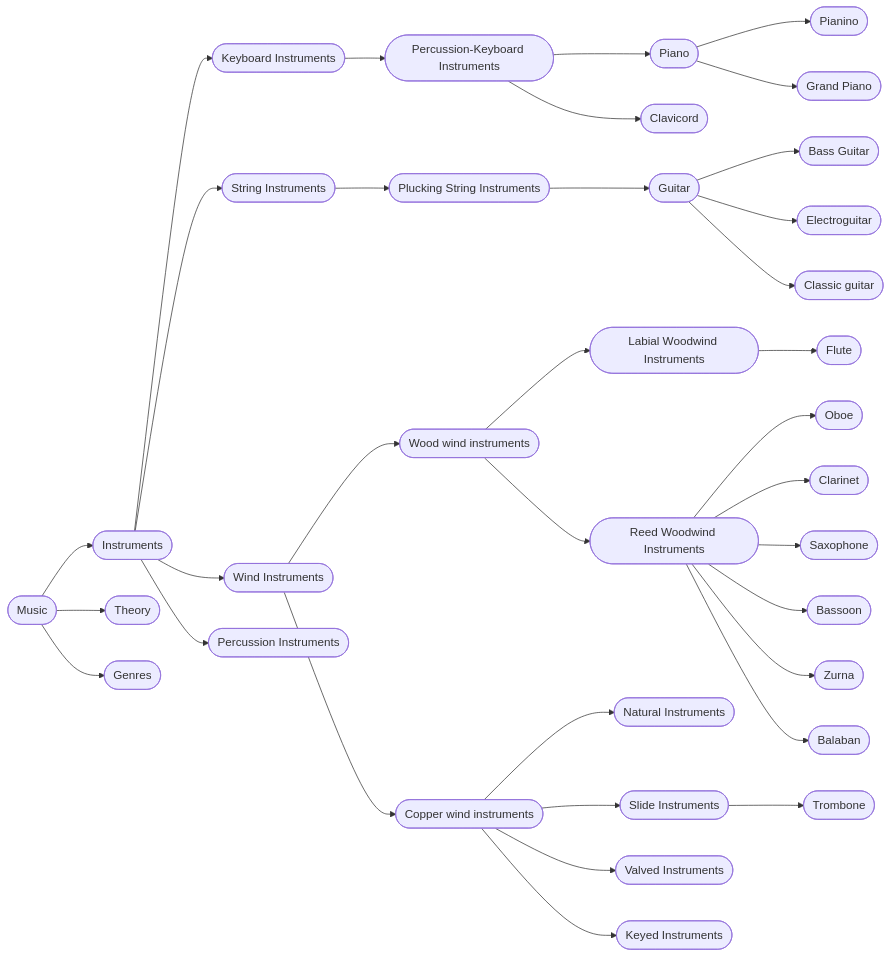
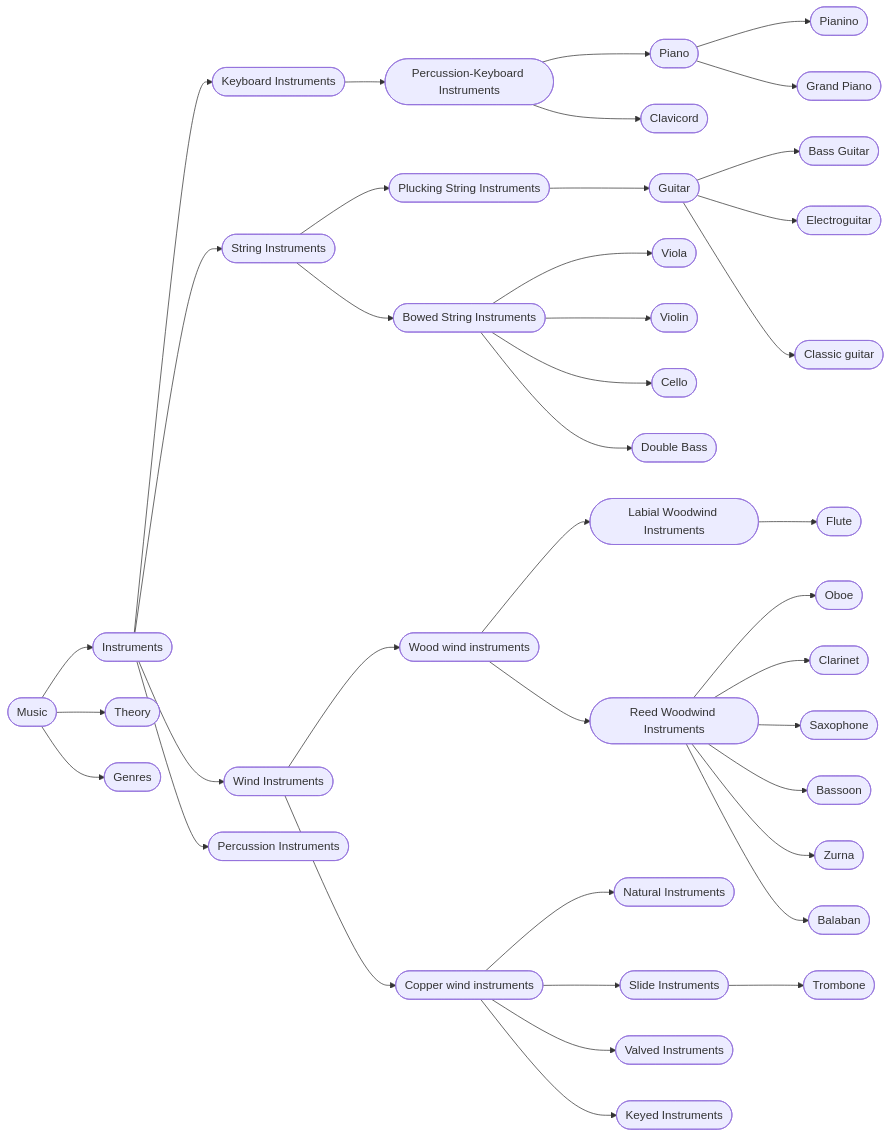
Before and after one commit to semantic-pie/music.ostis.kb: the diagram in README.MD, drawn with Mermaid. The commit also changed 11 other files, not shown here.

````diff
--- a/README.MD
+++ b/README.MD
@@ -3,61 +3,67 @@
 ```mermaid
 graph LR;
   Music([Music])
     Music -->Instruments([Instruments])
     Music -->Theory([Theory])
     Music -->Genres([Genres])
 
       %% Instruments
         Instruments --> Keyboard_Instruments([Keyboard Instruments])
         Instruments --> String_Instruments([String Instruments])
         Instruments --> Wind_Instruments([Wind Instruments])
         Instruments --> Percussion_Instruments([Percussion Instruments])
       
 
         %% Keboard
           Keyboard_Instruments --> Percussion_Keyboard_Instruments([Percussion-Keyboard Instruments])
           
             Percussion_Keyboard_Instruments --> Piano([Piano])
             Percussion_Keyboard_Instruments --> Clavicord([Clavicord])
 
             Piano --> Pianino([Pianino])
             Piano --> Grand_Piano([Grand Piano])
 
 
         %%String
           String_Instruments --> Plucking_String_Instruments([Plucking String Instruments])
+          String_Instruments --> Bowed_String_Instruments([Bowed String Instruments])
 
             Plucking_String_Instruments --> Guitar([Guitar])
 
               Guitar --> Bass_Guitar([Bass Guitar])
               Guitar --> Electro_Guitar([Electroguitar])
               Guitar --> Classic_Guitar([Classic guitar])
+
+            Bowed_String_Instruments --> Viola([Viola])
+            Bowed_String_Instruments --> Violin([Violin])
+            Bowed_String_Instruments --> Cello([Cello])
+            Bowed_String_Instruments --> Double_Bass([Double Bass])
         
         %% Wind
           Wind_Instruments --> Wood_Wind_Instruments([Wood wind instruments])
           Wind_Instruments --> Copper_Wind_Instruments([Copper wind instruments])
             %% Wood
               Wood_Wind_Instruments --> Labial_Woodwind_Instruments([Labial Woodwind Instruments])
               Wood_Wind_Instruments --> Reed_Woodwind_Instruments([Reed Woodwind Instruments])
 
                 Labial_Woodwind_Instruments --> Flute([Flute])
                 
                 Reed_Woodwind_Instruments --> Oboe([Oboe])
                 Reed_Woodwind_Instruments --> Clarinet([Clarinet])
                 Reed_Woodwind_Instruments --> Saxophone([Saxophone])
                 Reed_Woodwind_Instruments --> Bassoon([Bassoon])
                 Reed_Woodwind_Instruments --> Zurna([Zurna])
                 Reed_Woodwind_Instruments --> Balaban([Balaban])
             %% Copper
               Copper_Wind_Instruments --> Natural_Copper_Instruments([Natural Instruments])
               Copper_Wind_Instruments --> Slide_Copper_Instruments([Slide Instruments])
               Copper_Wind_Instruments --> Valve_Copper_Instruments([Valved Instruments])
               Copper_Wind_Instruments --> Keyed_Copper_Instruments([Keyed Instruments])
 
                 Slide_Copper_Instruments --> Trombone([Trombone])
 
 
 
         %% Percussion
       
 ```
````
